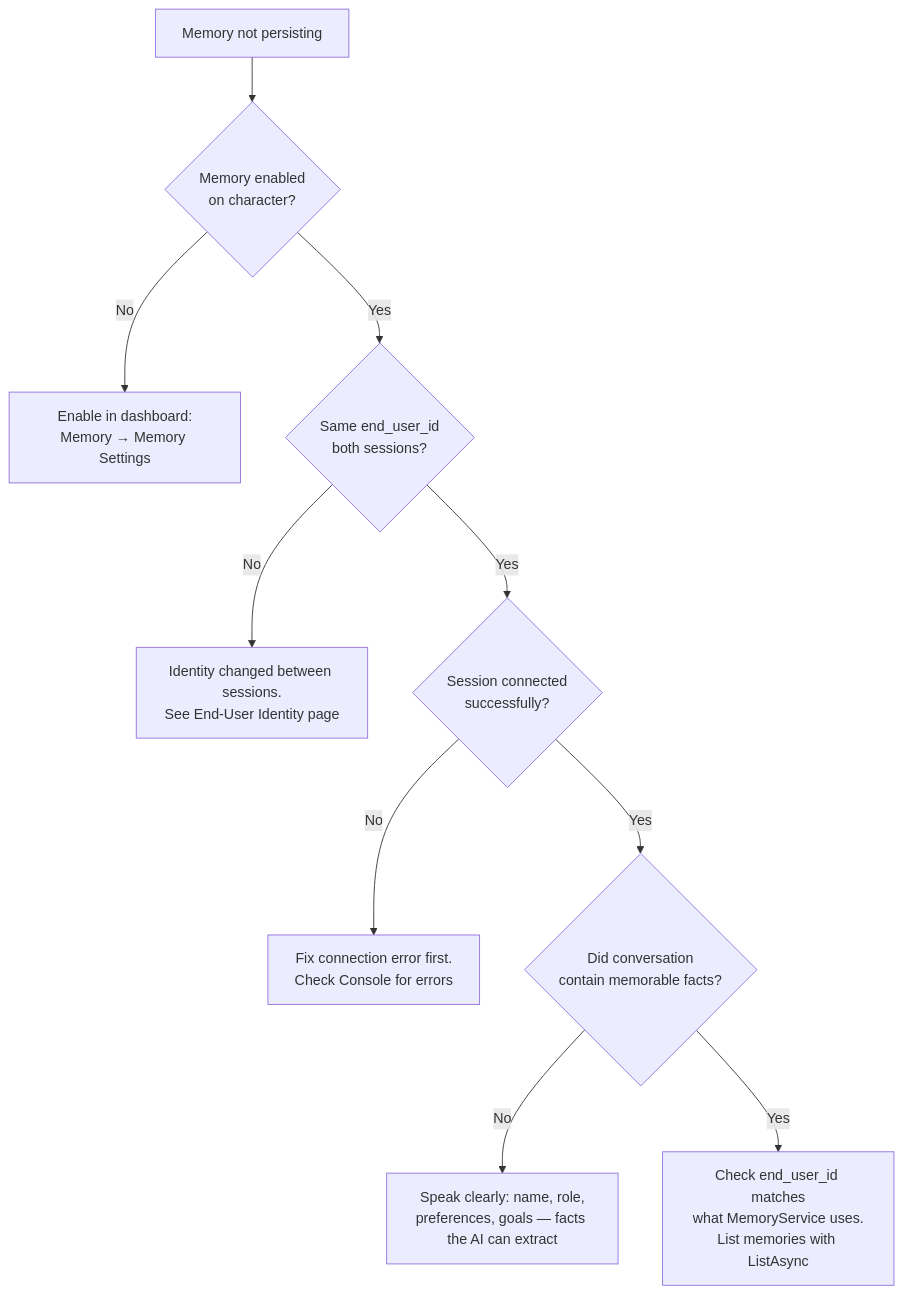
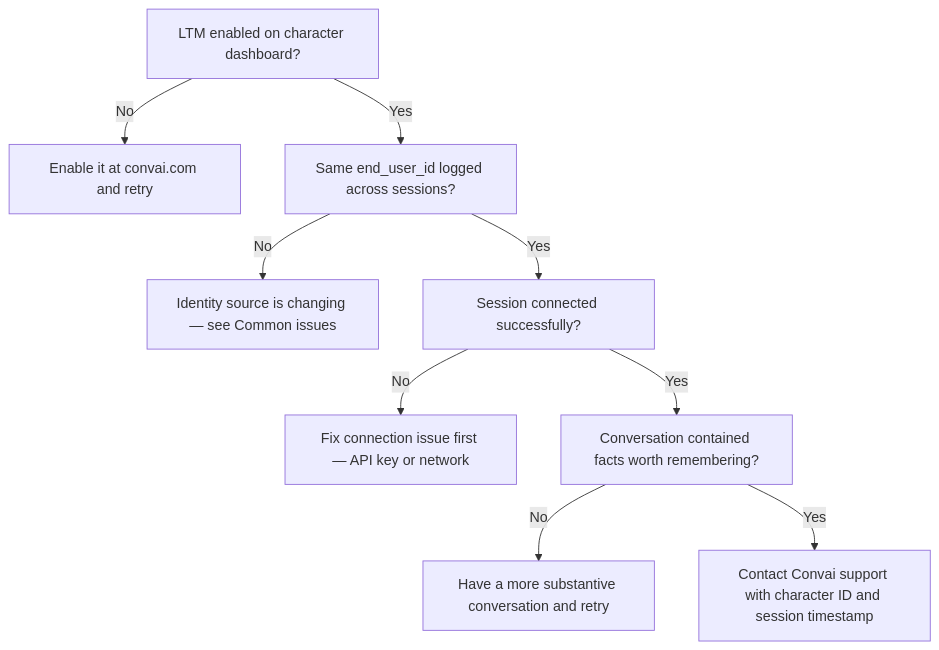
Before and after one commit to Conv-AI/Convai-Documentation: the diagram in plugins-and-integrations/convai-unity-sdk/features/long-term-memory/troubleshooting-and-diagnostics.md, drawn with Mermaid. The commit also changed other lines of this file and 325 other files, not shown here.

````diff
--- a/plugins-and-integrations/convai-unity-sdk/features/long-term-memory/troubleshooting-and-diagnostics.md
+++ b/plugins-and-integrations/convai-unity-sdk/features/long-term-memory/troubleshooting-and-diagnostics.md
@@ -59,12 +52,11 @@
 ```mermaid
-flowchart TD
-    A[Memory not persisting] --> B{Memory enabled\non character?}
-    B -- No --> C[Enable in dashboard:\nMemory → Memory Settings]
-    B -- Yes --> D{Same end_user_id\nboth sessions?}
-    D -- No --> E[Identity changed between sessions.\nSee End-User Identity page]
-    D -- Yes --> F{Session connected\nsuccessfully?}
-    F -- No --> G[Fix connection error first.\nCheck Console for errors]
-    F -- Yes --> J{Did conversation\ncontain memorable facts?}
-    J -- No --> K[Speak clearly: name, role,\npreferences, goals — facts the AI can extract]
-    J -- Yes --> L[Check end_user_id matches\nwhat MemoryService uses.\nList memories with ListAsync]
+graph TD
+    A[LTM enabled on character dashboard?] -->|No| B[Enable it at convai.com and retry]
+    A -->|Yes| C[Same end_user_id logged across sessions?]
+    C -->|No| D[Identity source is changing — see Common issues]
+    C -->|Yes| E[Session connected successfully?]
+    E -->|No| F[Fix connection issue first — API key or network]
+    E -->|Yes| G[Conversation contained facts worth remembering?]
+    G -->|No| H[Have a more substantive conversation and retry]
+    G -->|Yes| I[Contact Convai support with character ID and session timestamp]
 ```
````
